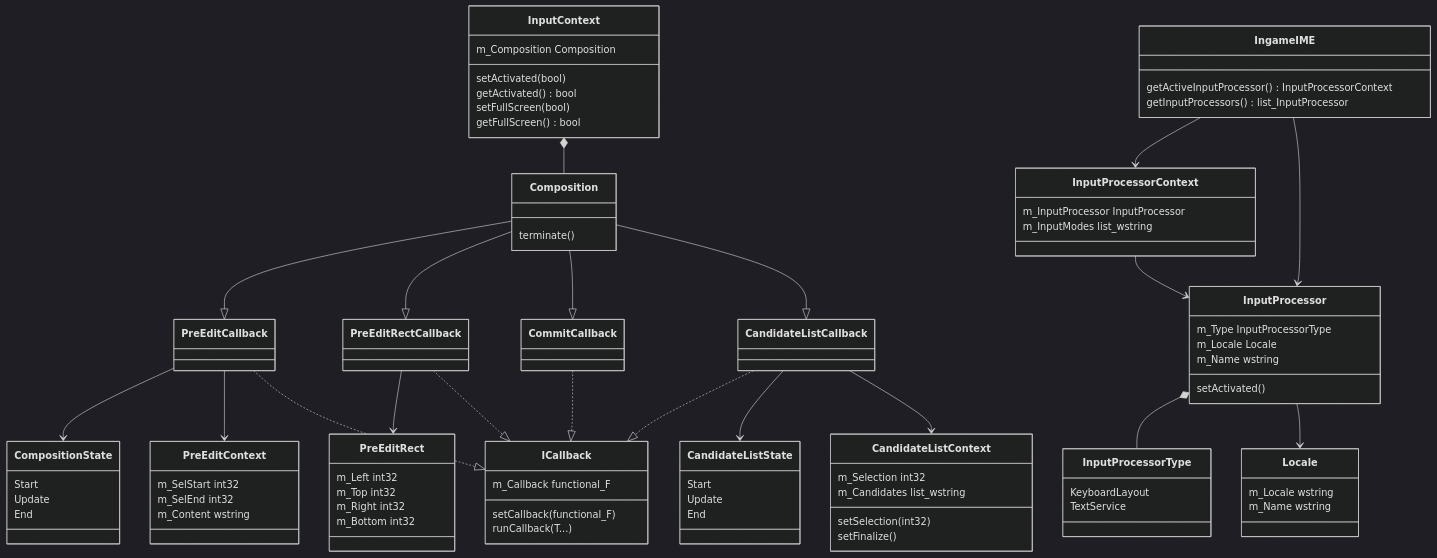
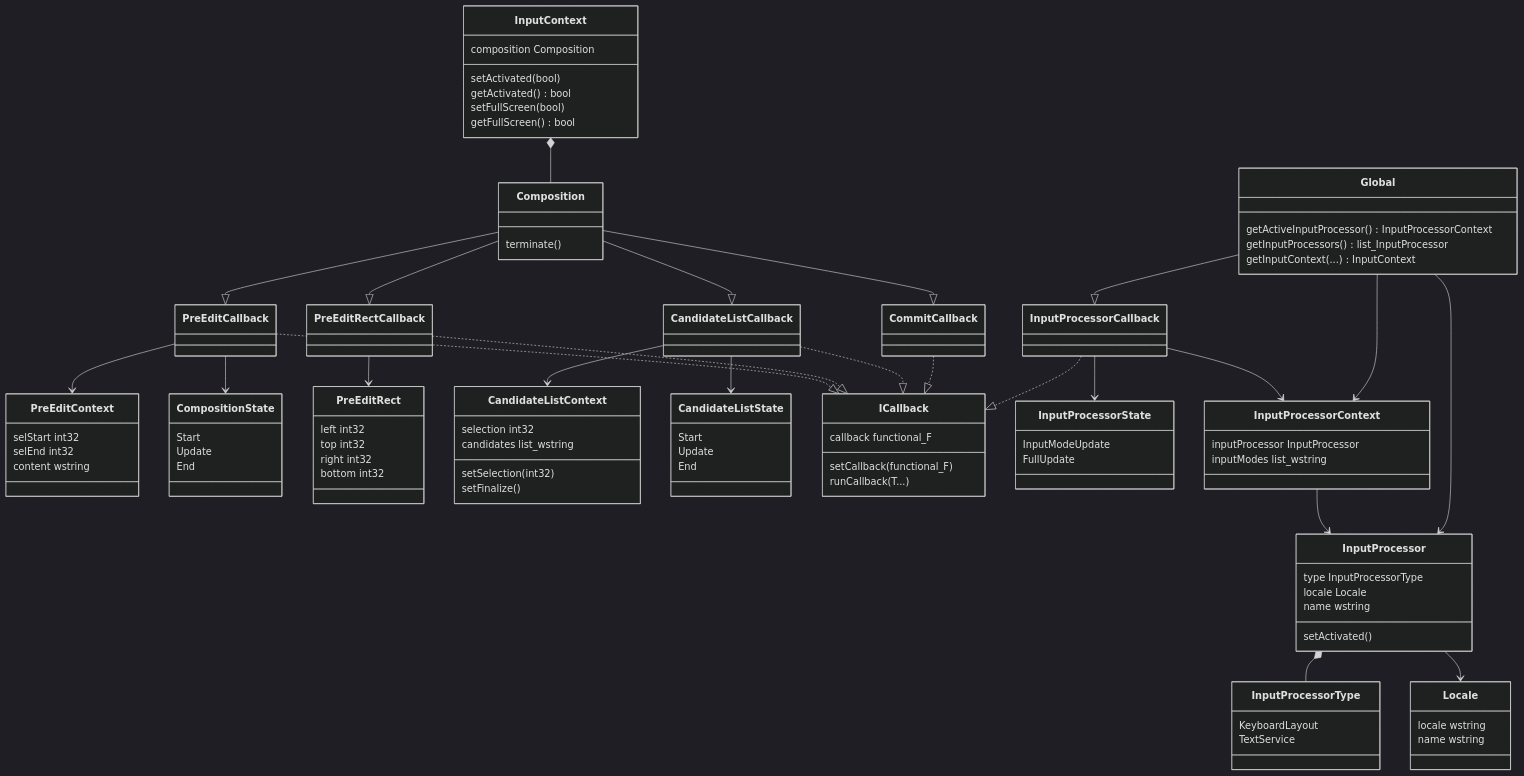
The diagram in docs/ClassDiagram.mmd (Windmill-City/IngameIME-Common), drawn with Mermaid (dark theme) before and after one commit. The commit also changed 1 other file, not shown here.

Commit message:
Update class diagram

```diff
--- a/docs/ClassDiagram.mmd
+++ b/docs/ClassDiagram.mmd
@@ -1,105 +1,115 @@
 classDiagram
 class PreEditContext{
-    m_SelStart int32
-    m_SelEnd int32
-    m_Content wstring
+    selStart int32
+    selEnd int32
+    content wstring
 }
 class CompositionState{
     Start
     Update
     End
 }
 class PreEditCallback
 
 class PreEditRect{
-    m_Left int32
-    m_Top int32
-    m_Right int32
-    m_Bottom int32
+    left int32
+    top int32
+    right int32
+    bottom int32
 }
 class PreEditRectCallback
 
 class CandidateListContext{
-    m_Selection int32
-    m_Candidates list_wstring
+    selection int32
+    candidates list_wstring
 
     setSelection(int32)
     setFinalize()
 }
 class CandidateListState{
     Start
     Update
     End
 }
 class CandidateListCallback
 
 class CommitCallback
 
 class ICallback{
-    m_Callback functional_F
+    callback functional_F
     setCallback(functional_F)
     runCallback(T...)
 }
 class Composition{
     terminate()
 }
 class InputContext{
-    m_Composition Composition
+    composition Composition
 
     setActivated(bool)
     getActivated() bool
     setFullScreen(bool)
     getFullScreen() bool
 }
 
 class Locale{
-    m_Locale wstring
-    m_Name wstring
+    locale wstring
+    name wstring
 }
 class InputProcessor{
-    m_Type InputProcessorType
-    m_Locale Locale
-    m_Name wstring
+    type InputProcessorType
+    locale Locale
+    name wstring
 
     setActivated()
 }
 class InputProcessorType{
     KeyboardLayout
     TextService
 }
+class InputProcessorState{
+    InputModeUpdate
+    FullUpdate
+}
 class InputProcessorContext{
-    m_InputProcessor InputProcessor
-    m_InputModes list_wstring
+    inputProcessor InputProcessor
+    inputModes list_wstring
 }
-class IngameIME{
+class Global{
     getActiveInputProcessor() InputProcessorContext
     getInputProcessors() list_InputProcessor
+    getInputContext(...) InputContext
 }
 
 InputContext *-- Composition
 
 PreEditCallback --> CompositionState
 PreEditCallback --> PreEditContext
 PreEditCallback ..|> ICallback
 
 PreEditRectCallback --> PreEditRect
 PreEditRectCallback ..|> ICallback
 
 CandidateListCallback ..|> ICallback
 CandidateListCallback --> CandidateListState
 CandidateListCallback --> CandidateListContext
 
 CommitCallback ..|> ICallback
 
 Composition --|> PreEditCallback
 Composition --|> PreEditRectCallback
 Composition --|> CommitCallback
 Composition --|> CandidateListCallback
 
+InputProcessorCallback --> InputProcessorState
+InputProcessorCallback --> InputProcessorContext
+InputProcessorCallback ..|> ICallback
+
 InputProcessor *-- InputProcessorType
 InputProcessor --> Locale
 
 InputProcessorContext --> InputProcessor
 
-IngameIME --> InputProcessorContext
-IngameIME --> InputProcessor
+Global --> InputProcessorContext
+Global --> InputProcessor
+Global --|> InputProcessorCallback
```
